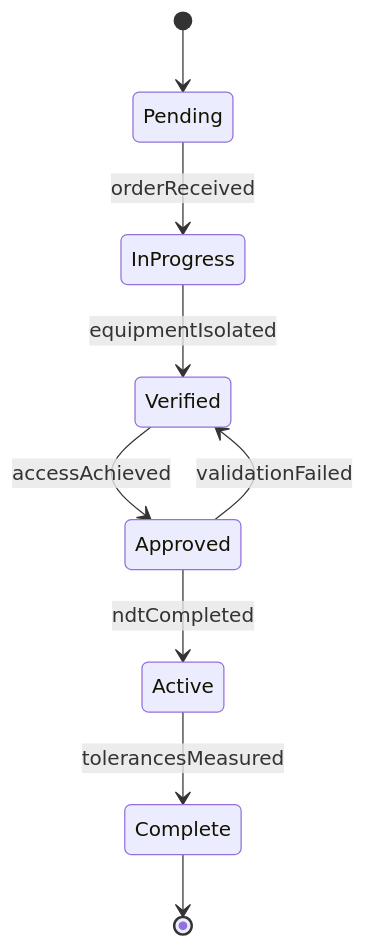
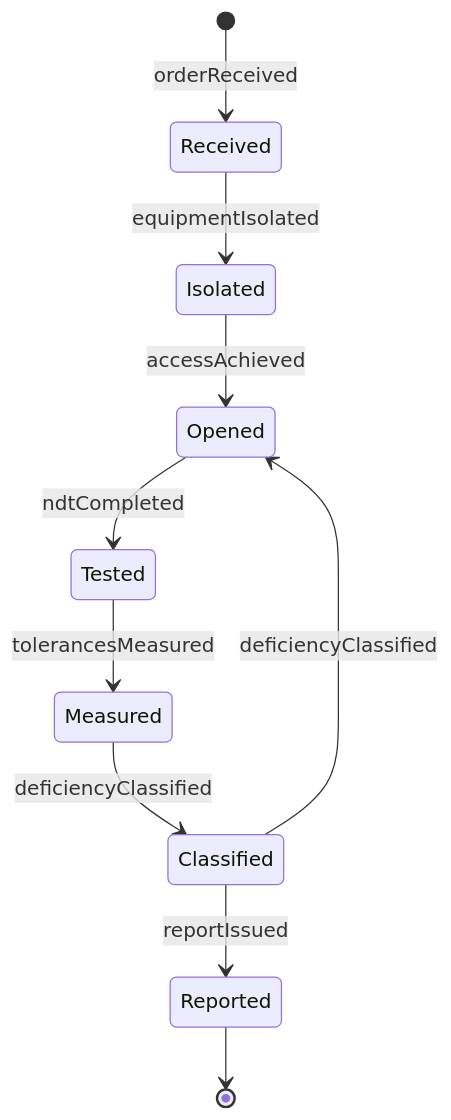
One commit to dot-org-ai/tasks.org.ai changed the second of 4 diagrams in HandlingAndMovingObjects/DisassembleEquipment/DisassembleEquipmentInspectDeficiencies.mdx. Above: the diagram before and after it, drawn with Mermaid. The commit also changed other lines of this file and 515 other files, not shown here.

````diff
--- a/HandlingAndMovingObjects/DisassembleEquipment/DisassembleEquipmentInspectDeficiencies.mdx
+++ b/HandlingAndMovingObjects/DisassembleEquipment/DisassembleEquipmentInspectDeficiencies.mdx
@@ -100,11 +101,12 @@
 ```mermaid
 stateDiagram-v2
-    [*] --> Pending
-    Pending --> InProgress : orderReceived
-    InProgress --> Verified : equipmentIsolated
-    Verified --> Approved : accessAchieved
-    Approved --> Active : ndtCompleted
-    Active --> Complete : tolerancesMeasured
-    Approved --> Verified : validationFailed
-    Complete --> [*]
+    [*] --> Received : orderReceived
+    Received --> Isolated : equipmentIsolated
+    Isolated --> Opened : accessAchieved
+    Opened --> Tested : ndtCompleted
+    Tested --> Measured : tolerancesMeasured
+    Measured --> Classified : deficiencyClassified
+    Classified --> Reported : reportIssued
+    Classified --> Opened : deficiencyClassified
+    Reported --> [*]
 ```
````
